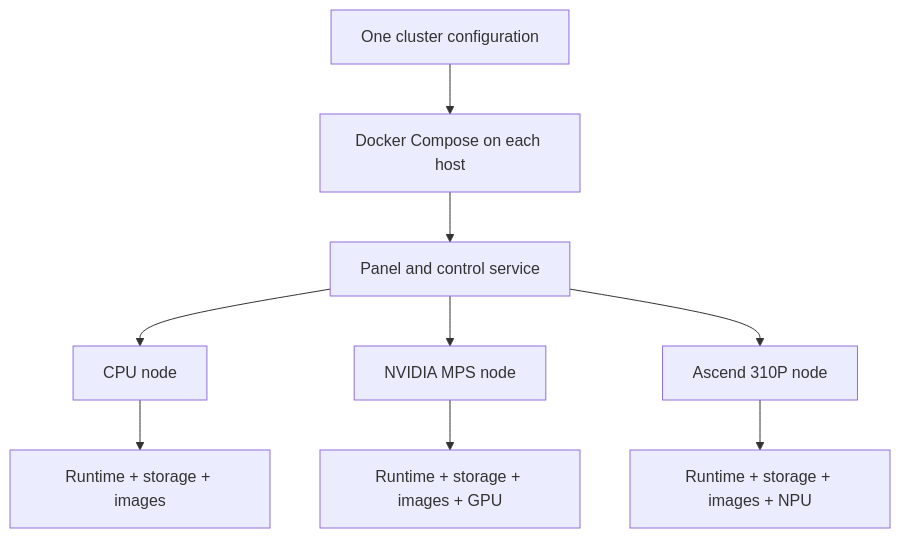
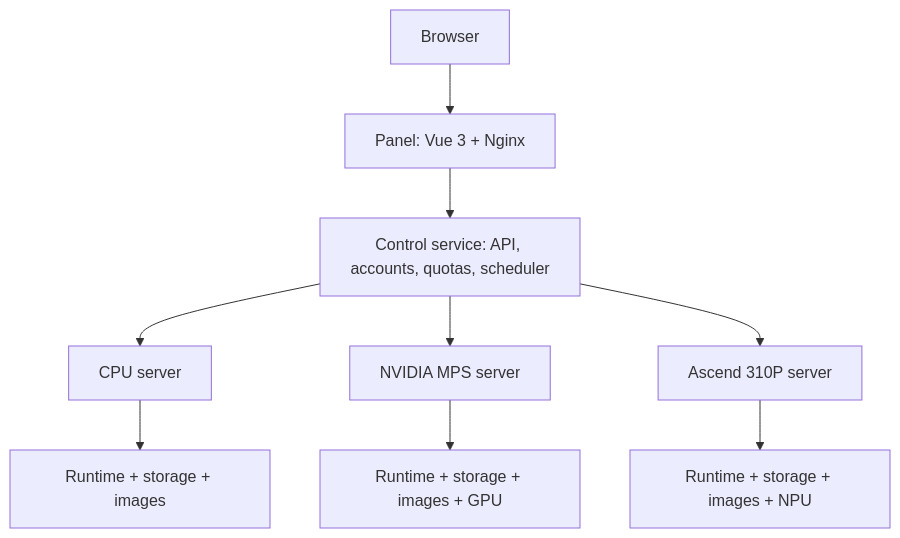
Before and after one commit to Kndy666/gpu-platform: the diagram in README.md, drawn with Mermaid. The commit also changed other lines of this file and 244 other files, not shown here.

First line of the commit message:
Move the panel to a standalone Vue 3 SPA

````diff
--- a/README.md
+++ b/README.md
@@ -33,11 +33,11 @@
 ```mermaid
 flowchart TB
-    Config[One cluster configuration] --> Compose[Docker Compose on each host]
-    Compose --> Control[Panel and control service]
-    Control --> CPU[CPU node]
-    Control --> NVIDIA[NVIDIA MPS node]
-    Control --> Ascend[Ascend 310P node]
+    Browser[Browser] --> Panel[Panel: Vue 3 + Nginx]
+    Panel --> Control[Control service: API, accounts, quotas, scheduler]
+    Control --> CPU[CPU server]
+    Control --> NVIDIA[NVIDIA MPS server]
+    Control --> Ascend[Ascend 310P server]
     CPU --> A[Runtime + storage + images]
     NVIDIA --> B[Runtime + storage + images + GPU]
     Ascend --> C[Runtime + storage + images + NPU]
 ```
````
